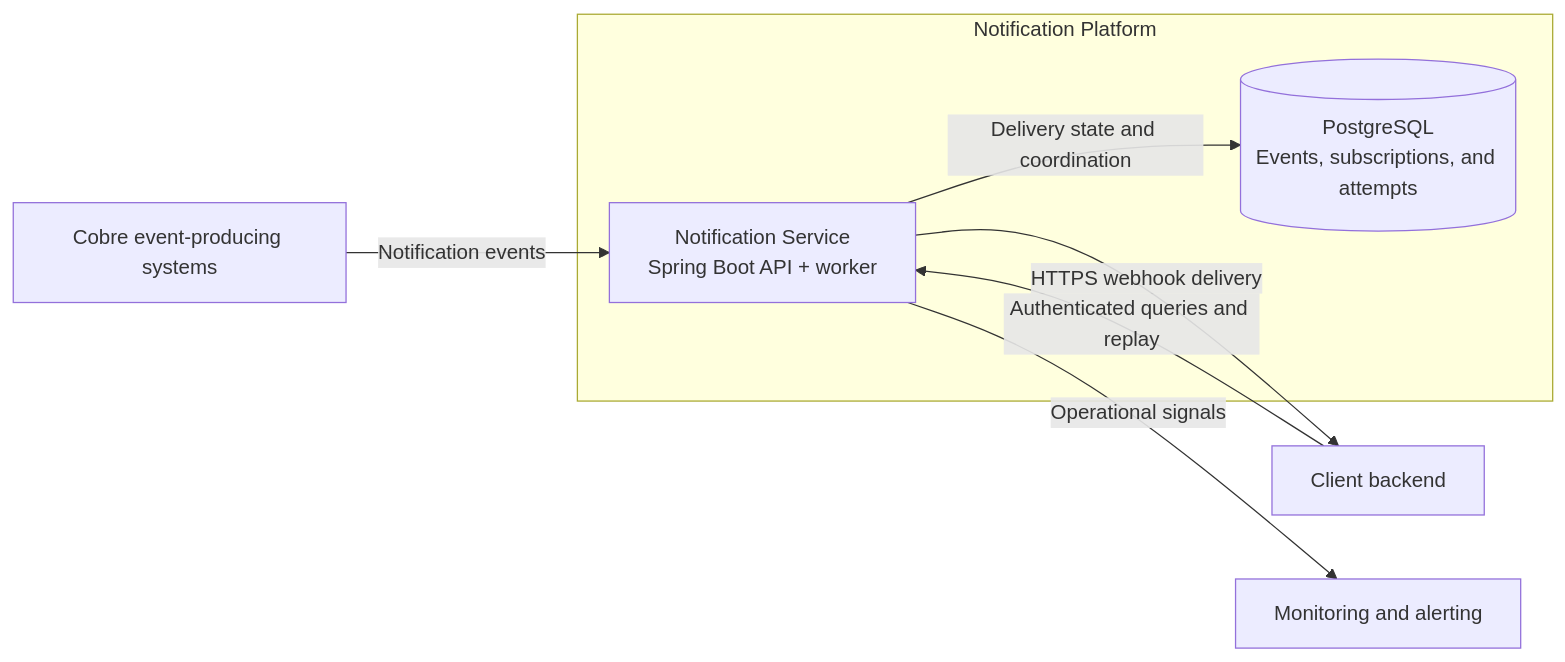
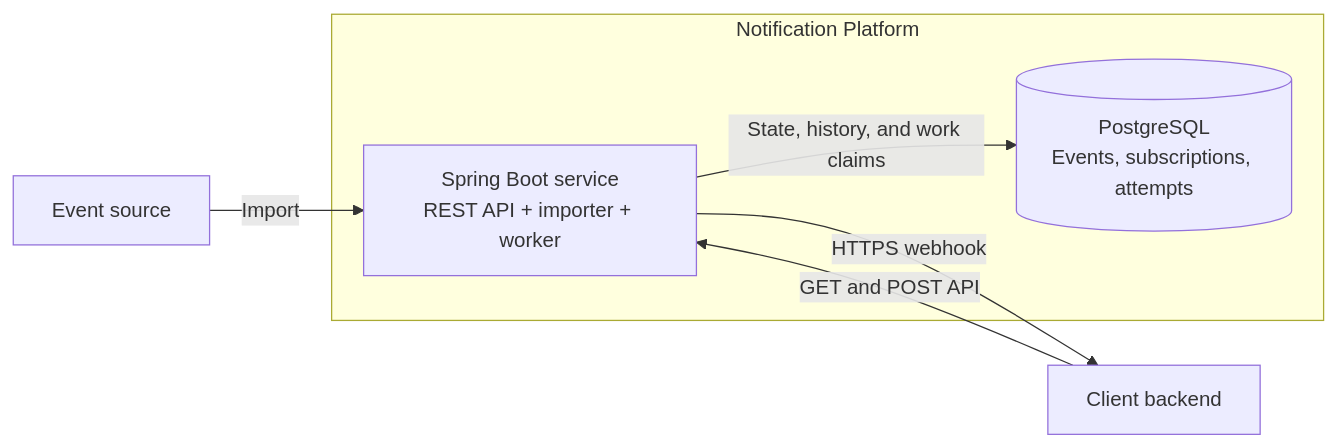
Before and after one commit to agnunezv/cobre-notifications-case: the second of 3 diagrams in docs/architecture-baseline.md, drawn with Mermaid. The commit also changed other lines of this file and 1 other file, not shown here.

First line of the commit message:
docs: align architecture with the implemented platform

````diff
--- a/docs/architecture-baseline.md
+++ b/docs/architecture-baseline.md
@@ -57,17 +45,15 @@
 ```mermaid
 flowchart LR
-    producers["Cobre event-producing systems"]
+    source["Event source"]
     client["Client backend"]
-    monitoring["Monitoring and alerting"]
 
     subgraph platform["Notification Platform"]
-        service["Notification Service<br/>Spring Boot API + worker"]
-        database[("PostgreSQL<br/>Events, subscriptions, and attempts")]
+        service["Spring Boot service<br/>REST API + importer + worker"]
+        database[("PostgreSQL<br/>Events, subscriptions, attempts")]
     end
 
-    producers -->|Notification events| service
-    client -->|Authenticated queries and replay| service
-    service -->|HTTPS webhook delivery| client
-    service -->|Delivery state and coordination| database
-    service -->|Operational signals| monitoring
+    source -->|Import| service
+    client -->|GET and POST API| service
+    service -->|HTTPS webhook| client
+    service -->|State, history, and work claims| database
 ```
````
